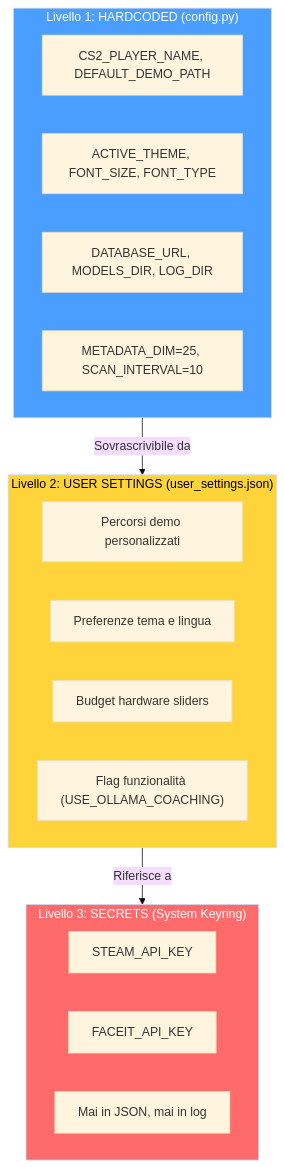
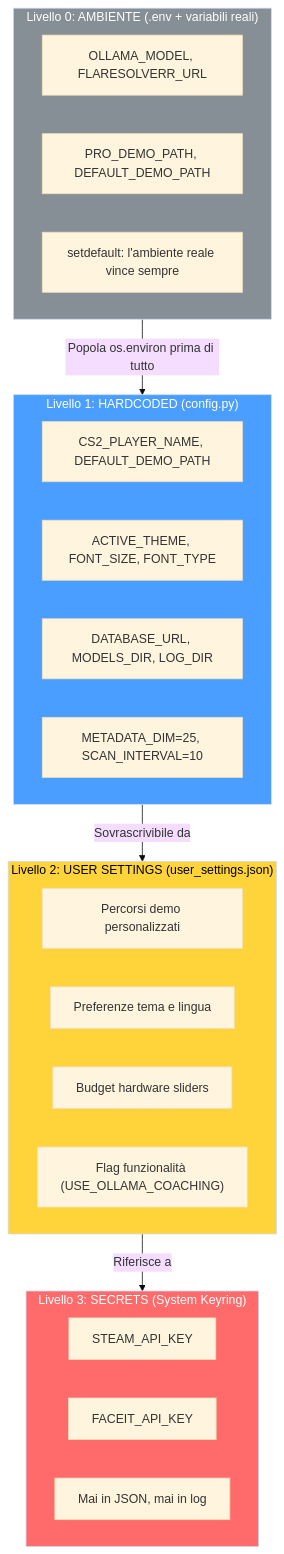
Diagram 11 of 52 in docs/books/Book-Coach-3.md (renanaugustomacena-ux/Counter-Strike-coach-AI), drawn with Mermaid (base theme) before and after one commit. The commit also changed other lines of this file and 36 other files, not shown here.

````diff
--- a/docs/books/Book-Coach-3.md
+++ b/docs/books/Book-Coach-3.md
@@ -702,25 +703,32 @@
 ```mermaid
 flowchart TB
+    subgraph L0["Livello 0: AMBIENTE (.env + variabili reali)"]
+        EV1["OLLAMA_MODEL, FLARESOLVERR_URL"]
+        EV2["PRO_DEMO_PATH, DEFAULT_DEMO_PATH"]
+        EV3["setdefault: l'ambiente reale vince sempre"]
+    end
     subgraph L1["Livello 1: HARDCODED (config.py)"]
         HC1["CS2_PLAYER_NAME, DEFAULT_DEMO_PATH"]
         HC2["ACTIVE_THEME, FONT_SIZE, FONT_TYPE"]
         HC3["DATABASE_URL, MODELS_DIR, LOG_DIR"]
         HC4["METADATA_DIM=25, SCAN_INTERVAL=10"]
     end
     subgraph L2["Livello 2: USER SETTINGS (user_settings.json)"]
         US1["Percorsi demo personalizzati"]
         US2["Preferenze tema e lingua"]
         US3["Budget hardware sliders"]
         US4["Flag funzionalità (USE_OLLAMA_COACHING)"]
     end
     subgraph L3["Livello 3: SECRETS (System Keyring)"]
         SK1["STEAM_API_KEY"]
         SK2["FACEIT_API_KEY"]
         SK3["Mai in JSON, mai in log"]
     end
+    L0 -->|"Popola os.environ prima di tutto"| L1
     L1 -->|"Sovrascrivibile da"| L2
     L2 -->|"Riferisce a"| L3
+    style L0 fill:#868e96,color:#fff
     style L1 fill:#4a9eff,color:#fff
     style L2 fill:#ffd43b,color:#000
     style L3 fill:#ff6b6b,color:#fff
 ```
````
